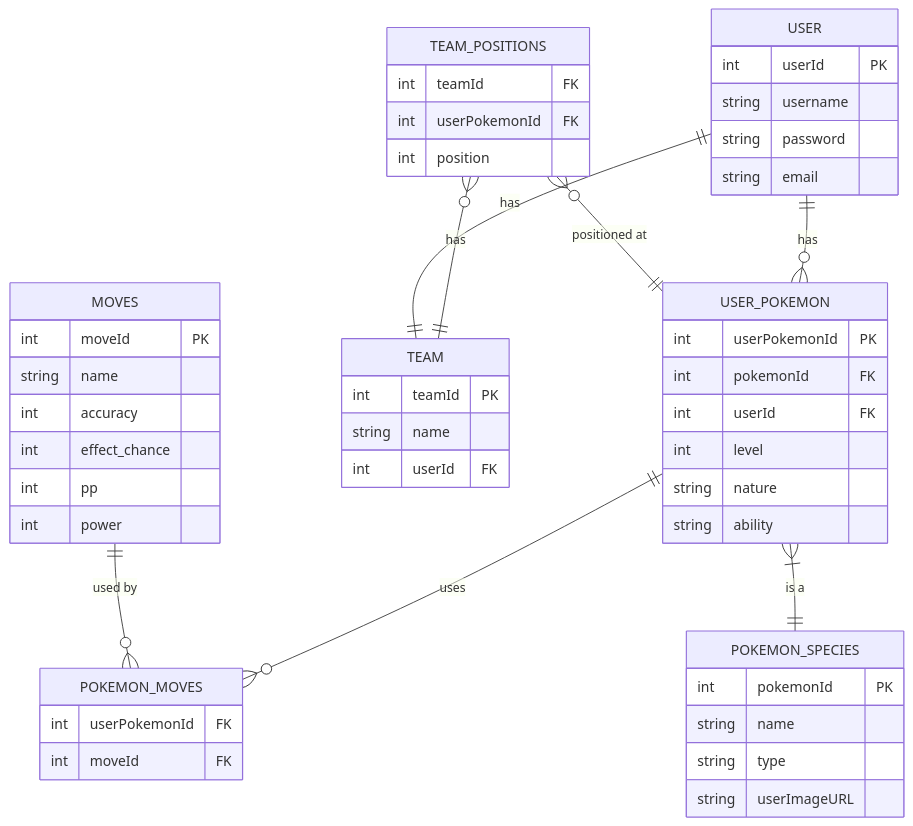
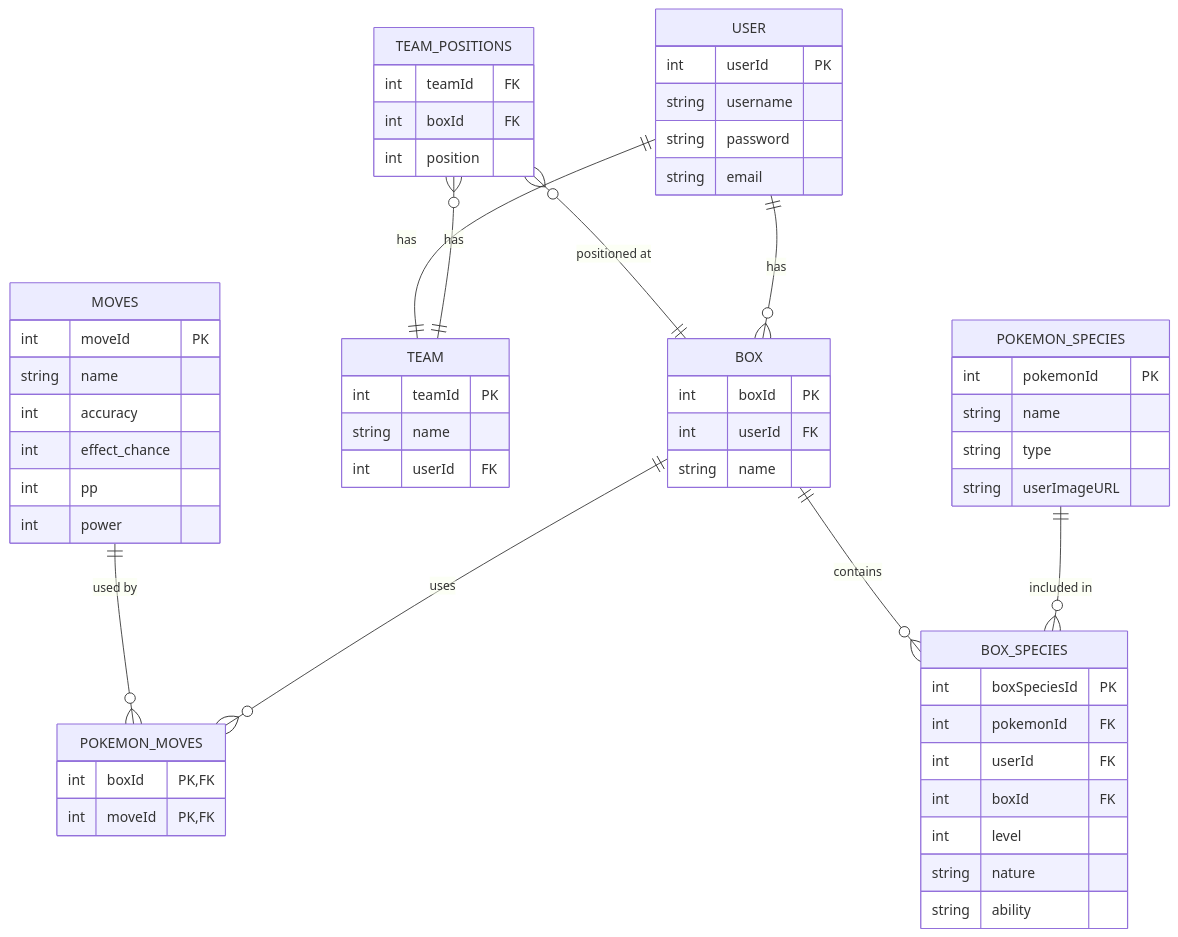
The diagram in erd.mermaid (tjklint/PokePC), drawn with Mermaid before and after one commit.

```diff
--- a/erd.mermaid
+++ b/erd.mermaid
@@ -1,57 +1,66 @@
 erDiagram
-    USER ||--o{ USER_POKEMON : "has"
+    USER ||--o{ BOX : "has"
     TEAM_POSITIONS o{--|| TEAM: "has"
-    TEAM_POSITIONS o{--|| USER_POKEMON: "positioned at"
+    TEAM_POSITIONS o{--|| BOX: "positioned at"
     USER||--|| TEAM:"has"
-    USER_POKEMON ||--o{ POKEMON_MOVES : "uses"
+    BOX ||--o{ POKEMON_MOVES : "uses"
     MOVES ||--o{ POKEMON_MOVES : "used by"
-    USER_POKEMON }|--|| POKEMON_SPECIES : "is a"
+    POKEMON_SPECIES ||--o{ BOX_SPECIES : "included in"
+    BOX ||--o{ BOX_SPECIES : "contains"
+
 
     USER {
         int userId PK
         string username
         string password
         string email
     }
 
     POKEMON_SPECIES {
         int pokemonId PK
         string name
         string type
         string userImageURL
     }
 
-    USER_POKEMON {
-        int userPokemonId PK
+    BOX {
+        int boxId PK
+        int userId FK
+        string name
+    }
+
+    BOX_SPECIES {
+        int boxSpeciesId PK
         int pokemonId FK
         int userId FK
+        int boxId FK
         int level
         string nature
         string ability
     }
 
     TEAM {
         int teamId PK
         string name
         int userId FK
     }
 
     TEAM_POSITIONS {
         int teamId FK
-        int userPokemonId FK
+        int boxId FK
         int position
     }
 
     MOVES {
         int moveId PK
         string name 
         int accuracy
         int effect_chance
         int pp   
         int power
     }
 
     POKEMON_MOVES {
-        int userPokemonId FK
-        int moveId FK
+        int boxId PK, FK
+        int moveId PK, FK
     }
```
